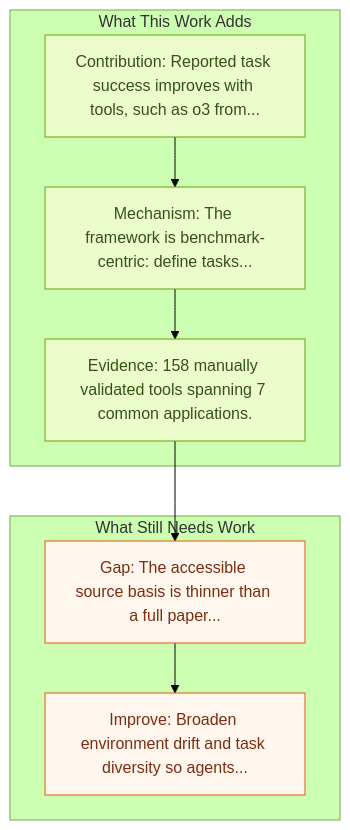
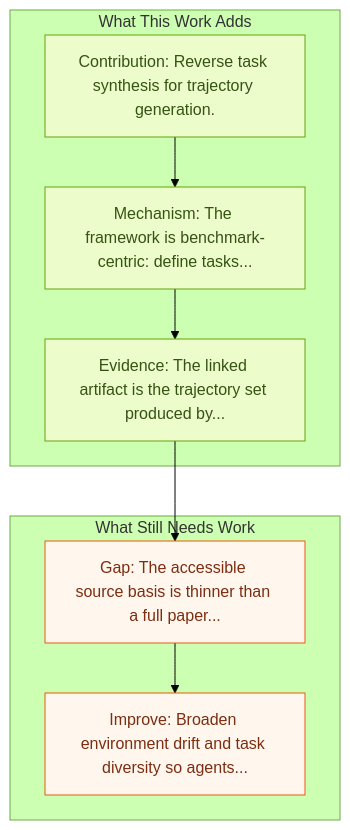
One commit to wjhou/awesome-computer-use-agents changed the second of 2 diagrams in reports/link-audit/papers/benchmarks-and-datasets/os-genesis-trajectories.md. Above: the diagram before and after it, drawn with Mermaid (forest theme). The commit also changed other lines of this file and 96 other files, not shown here.

````diff
--- a/reports/link-audit/papers/benchmarks-and-datasets/os-genesis-trajectories.md
+++ b/reports/link-audit/papers/benchmarks-and-datasets/os-genesis-trajectories.md
@@ -48,17 +48,17 @@
 ```mermaid
 flowchart TB
   subgraph Adds["What This Work Adds"]
-    C1["Contribution: Reported task success improves with tools, such as o3 from..."]
+    C1["Contribution: Reverse task synthesis for trajectory generation."]
     C2["Mechanism: The framework is benchmark-centric: define tasks..."]
-    C3["Evidence: 158 manually validated tools spanning 7 common applications."]
+    C3["Evidence: The linked artifact is the trajectory set produced by..."]
   end
   subgraph Watch["What Still Needs Work"]
     W1["Gap: The accessible source basis is thinner than a full paper..."]
     W2["Improve: Broaden environment drift and task diversity so agents..."]
   end
   C1 --> C2 --> C3 --> W1 --> W2
   classDef add fill:#ecfccb,stroke:#65a30d,color:#365314;
   classDef watch fill:#fff7ed,stroke:#ea580c,color:#7c2d12;
   class C1,C2,C3 add;
   class W1,W2 watch;
 ```
````
